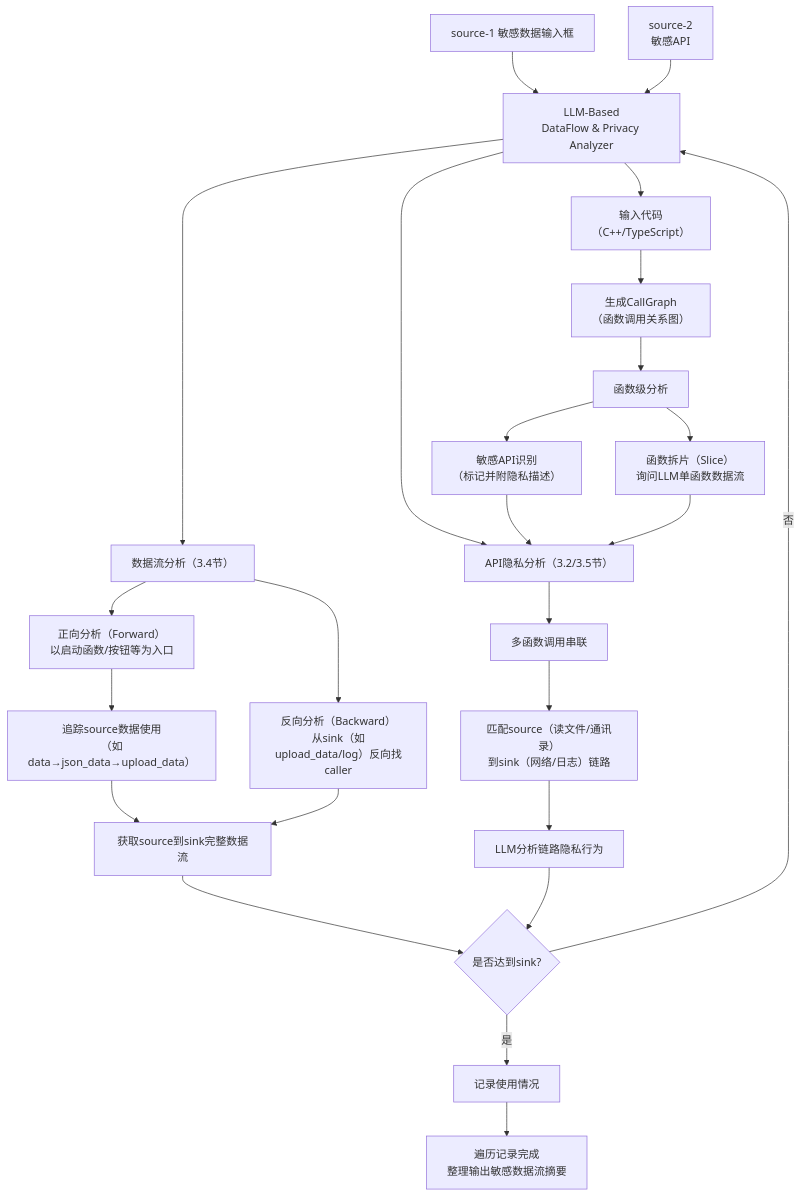
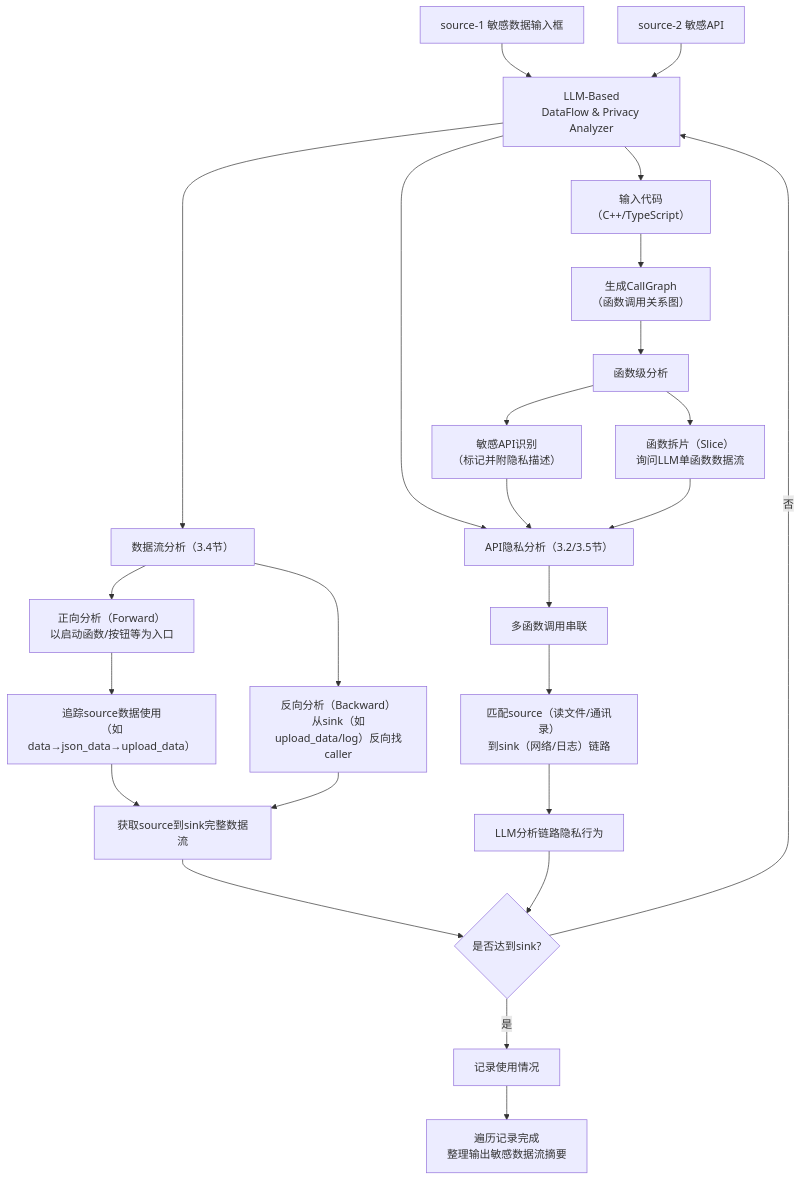
Before and after one commit to WriteStone/iodraw-files: the diagram in all/未命名.md, drawn with Mermaid.

Commit message:
2025-09-08 20:34:59 update

````diff
--- a/all/未命名.md
+++ b/all/未命名.md
@@ -1,33 +1,33 @@
 ```mermaid
 flowchart TD
     %% 左侧数据源
     A[source-1 敏感数据输入框] --> B[LLM-Based\nDataFlow & Privacy Analyzer]
-    C[source-2\n敏感API\n] --> B
+    C[source-2 敏感API] --> B
     
     %% 分析器核心处理
     B --> D[输入代码\n（C++/TypeScript）]
     D --> E[生成CallGraph\n（函数调用关系图）]
     E --> F[函数级分析]
     F --> G1[敏感API识别\n（标记并附隐私描述）]
     F --> G2[函数拆片（Slice）\n询问LLM单函数数据流]
     
     %% 数据流分析分支（3.4节）
     B --> H[数据流分析（3.4节）]
     H --> H1[正向分析（Forward）\n以启动函数/按钮等为入口]
     H1 --> H2[追踪source数据使用\n（如data→json_data→upload_data）]
     H --> H3[反向分析（Backward）\n从sink（如upload_data/log）反向找caller]
     H2 & H3 --> H4[获取source到sink完整数据流]
     
     %% 隐私分析分支（3.2/3.5节）
     B --> I[API隐私分析（3.2/3.5节）]
     G1 & G2 --> I
     I --> I1[多函数调用串联]
     I1 --> I2[匹配source（读文件/通讯录）\n到sink（网络/日志）链路]
     I2 --> I3[LLM分析链路隐私行为]
     
     %% 决策与输出
     H4 & I3 --> J{是否达到sink?}
     J -- 否 --> B[LLM-Based\nDataFlow & Privacy Analyzer]
     J -- 是 --> K[记录使用情况]
     K --> L[遍历记录完成\n整理输出敏感数据流摘要]
 ```
````
